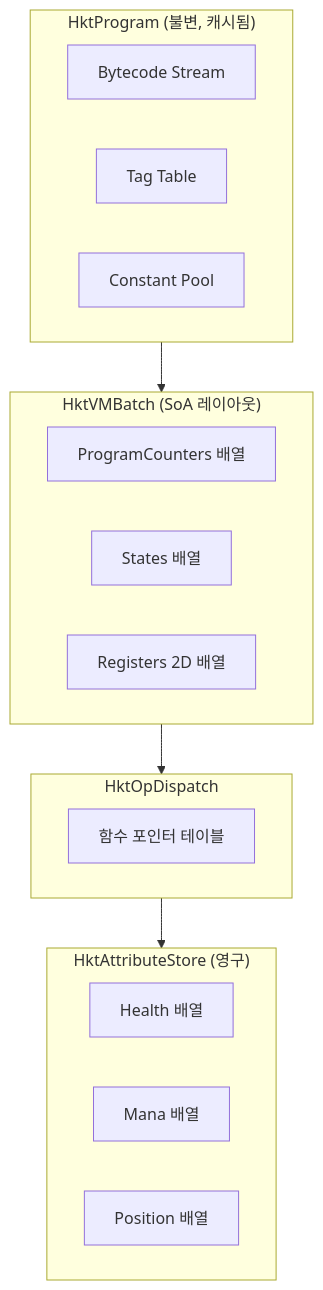
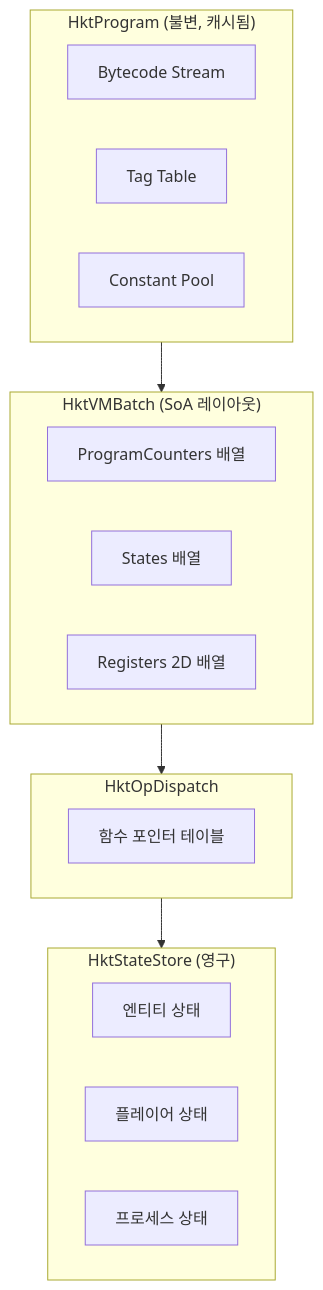
Before and after one commit to dkwkekzz/HktProto: the first of 2 diagrams in .cursor/plans/hktsimulation_dod_vm_fc423ce7.plan.md, drawn with Mermaid. The commit also changed other lines of this file and 34 other files, not shown here.

````diff
--- a/.cursor/plans/hktsimulation_dod_vm_fc423ce7.plan.md
+++ b/.cursor/plans/hktsimulation_dod_vm_fc423ce7.plan.md
@@ -65,28 +65,28 @@
 ```mermaid
 flowchart TB
     subgraph Program["HktProgram (불변, 캐시됨)"]
         Bytecode[Bytecode Stream]
         TagTable[Tag Table]
         ConstPool[Constant Pool]
     end
     
     subgraph Batch["HktVMBatch (SoA 레이아웃)"]
         PC[ProgramCounters 배열]
         States[States 배열]
         Regs[Registers 2D 배열]
     end
     
     subgraph OpTable["HktOpDispatch"]
         Handlers[함수 포인터 테이블]
     end
     
-    subgraph Attrs["HktAttributeStore (영구)"]
-        Health[Health 배열]
-        Mana[Mana 배열]
-        Position[Position 배열]
+    subgraph Attrs["HktStateStore (영구)"]
+        Entities[엔티티 상태]
+        Players[플레이어 상태]
+        Processes[프로세스 상태]
     end
     
     Program --> Batch
     Batch --> OpTable
     OpTable --> Attrs
 ```
````
